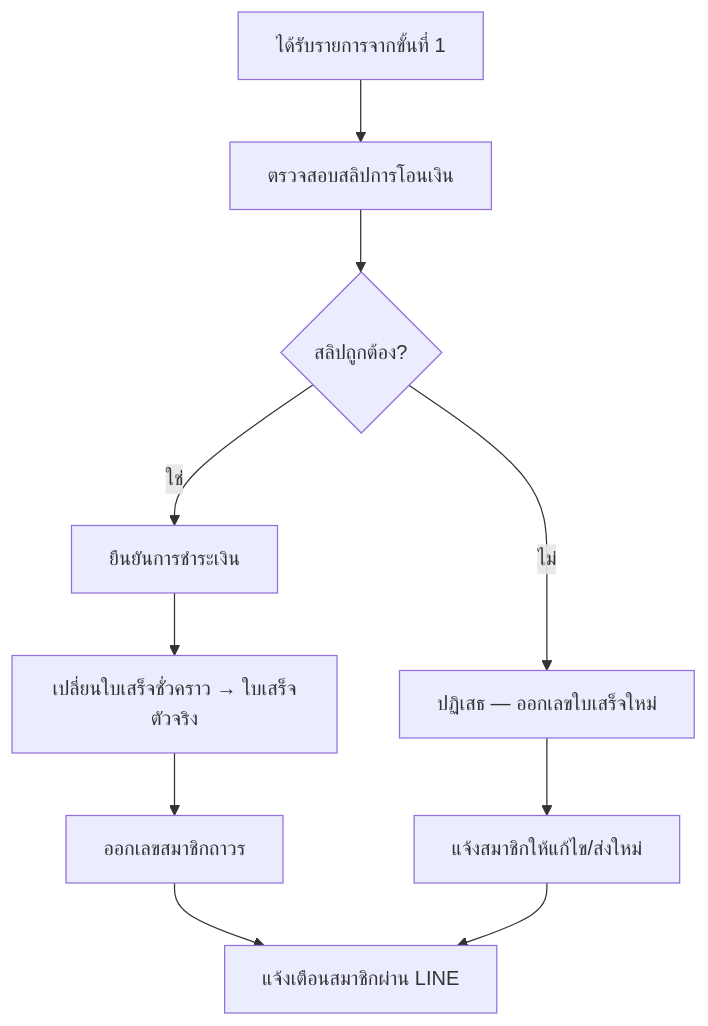
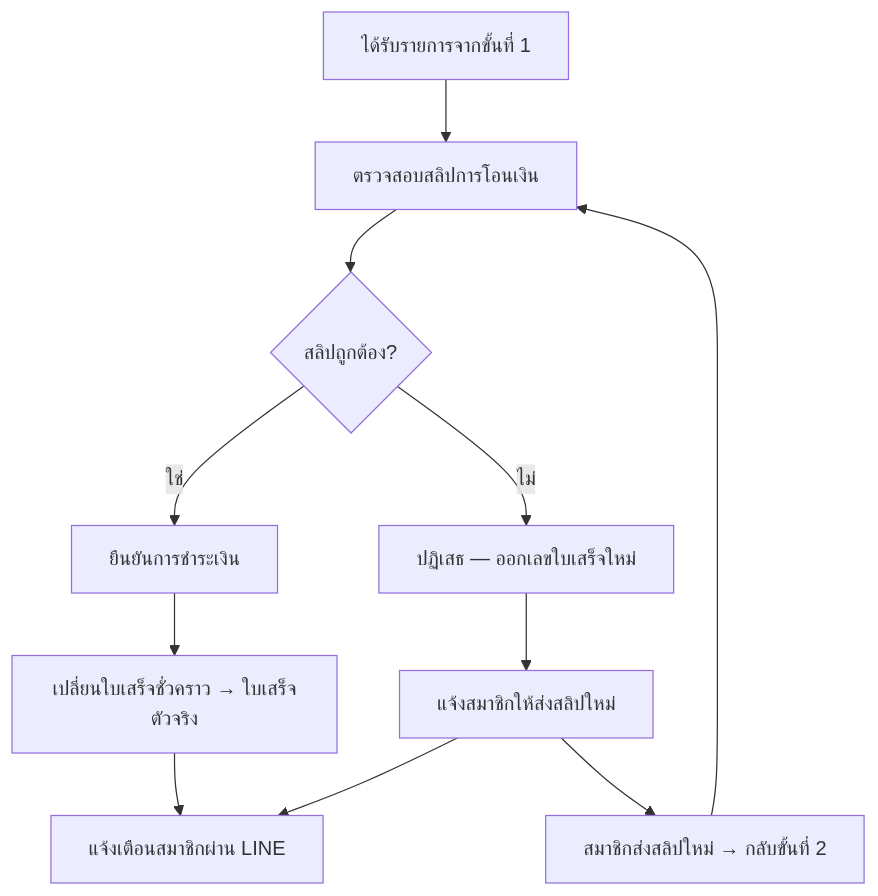
The sixth of 8 diagrams in ABTA-System/04-Workflows.md (Cakenomsod/Fastwork_ABTA), drawn with Mermaid before and after one commit. The commit also changed other lines of this file and 7 other files, not shown here.

Commit message:
Refine membership flow: updated to promote permanent membership after registrar approval, revised temporary receipt issuance, and enhanced documentation for legacy member verification and LINE UID binding. Adjusted workflows and status definitions for clarity.

````diff
--- a/ABTA-System/04-Workflows.md
+++ b/ABTA-System/04-Workflows.md
@@ -140,12 +202,13 @@
 ```mermaid
 flowchart TD
     A[ได้รับรายการจากขั้นที่ 1] --> B[ตรวจสอบสลิปการโอนเงิน]
     B --> C{สลิปถูกต้อง?}
     C -->|ใช่| D[ยืนยันการชำระเงิน]
     D --> E[เปลี่ยนใบเสร็จชั่วคราว → ใบเสร็จตัวจริง]
-    E --> F[ออกเลขสมาชิกถาวร]
     C -->|ไม่| G[ปฏิเสธ — ออกเลขใบเสร็จใหม่]
-    G --> H[แจ้งสมาชิกให้แก้ไข/ส่งใหม่]
-    F --> I[แจ้งเตือนสมาชิกผ่าน LINE]
+    G --> H[แจ้งสมาชิกให้ส่งสลิปใหม่]
+    H --> H1[สมาชิกส่งสลิปใหม่ → กลับขั้นที่ 2]
+    H1 --> B
+    E --> I[แจ้งเตือนสมาชิกผ่าน LINE]
     H --> I
 ```
````
